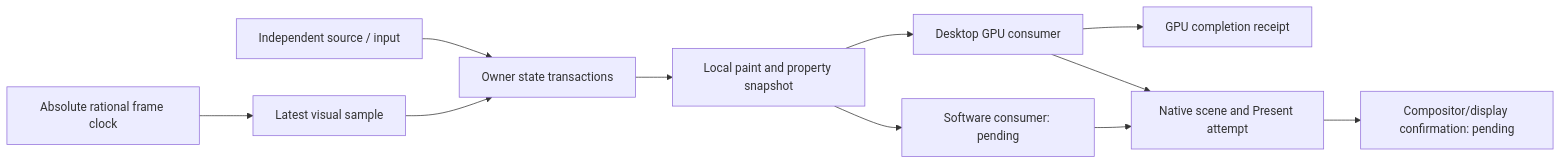
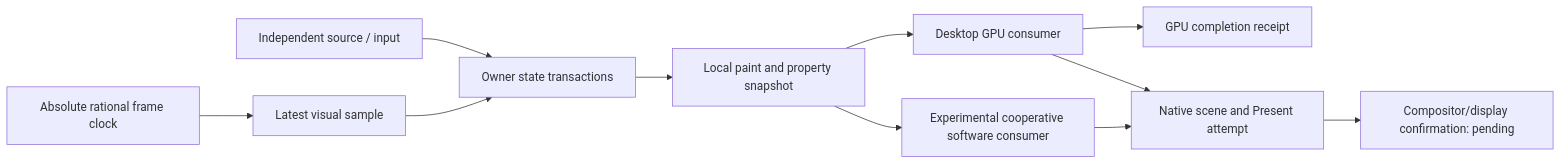
One commit to jihuayu/gpui-box changed the first of 2 diagrams in docs/ADR_RETAINED_FRAME_BUDGET.md. Above: the diagram before and after it, drawn with Mermaid. The commit also changed other lines of this file and 62 other files, not shown here.

````diff
--- a/docs/ADR_RETAINED_FRAME_BUDGET.md
+++ b/docs/ADR_RETAINED_FRAME_BUDGET.md
@@ -21,13 +22,13 @@
 ```mermaid
 flowchart LR
     Source[Independent source / input] --> State[Owner state transactions]
     Clock[Absolute rational frame clock] --> Sample[Latest visual sample]
     Sample --> State
     State --> Scene[Local paint and property snapshot]
     Scene --> GPU[Desktop GPU consumer]
-    Scene --> CPU[Software consumer: pending]
+    Scene --> CPU[Experimental cooperative software consumer]
     GPU --> Complete[GPU completion receipt]
     GPU --> Native[Native scene and Present attempt]
     Native --> Display[Compositor/display confirmation: pending]
     CPU --> Native
 ```
````
